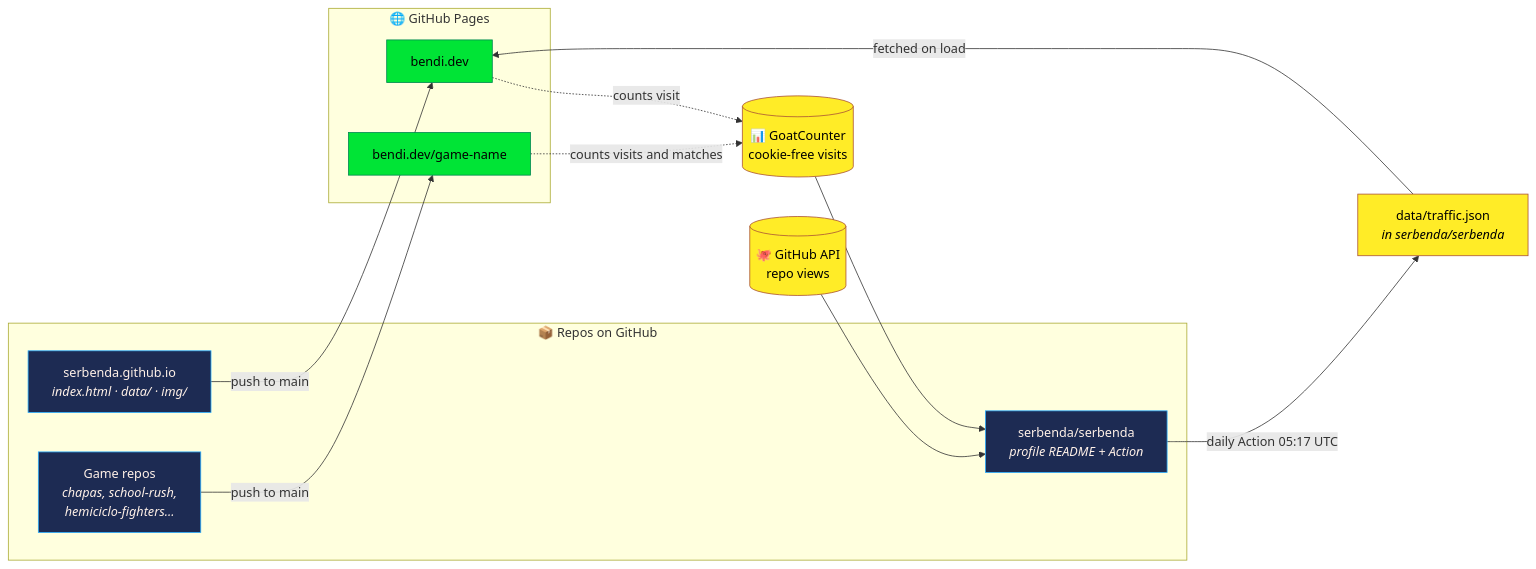
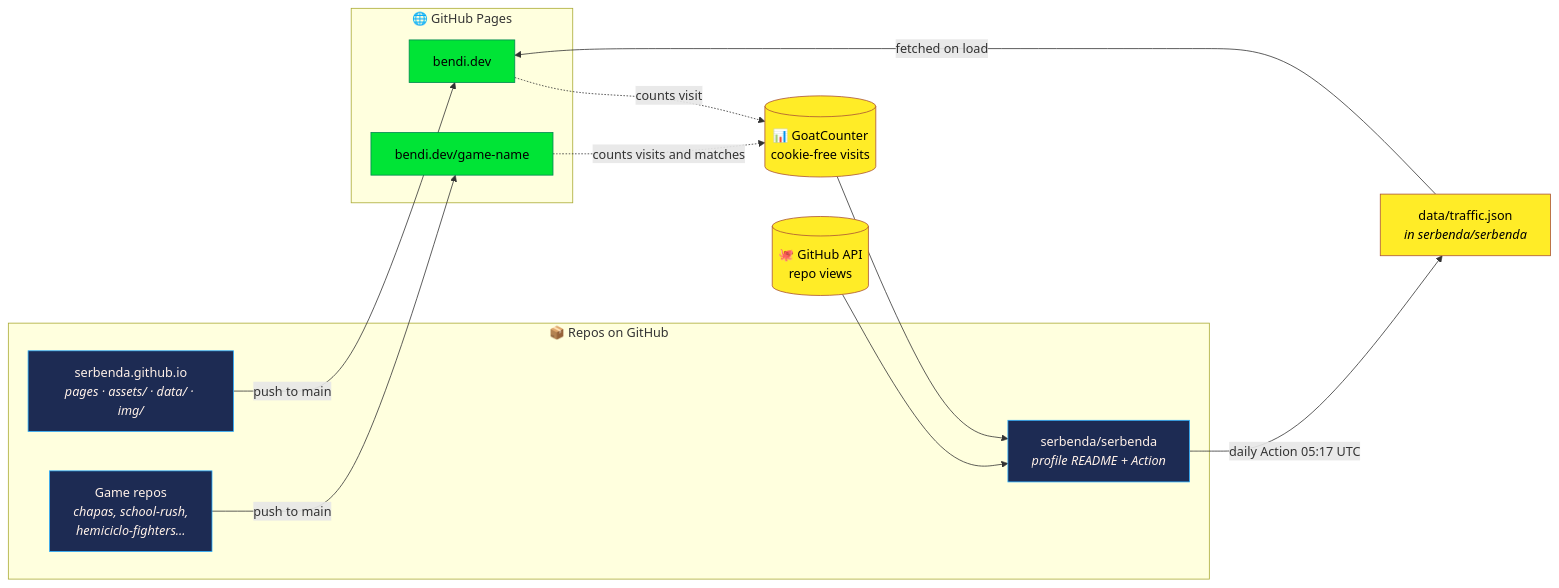
One commit to serbenda/serbenda.github.io changed the first of 2 diagrams in README.md. Above: the diagram before and after it, drawn with Mermaid. The commit also changed other lines of this file and 10 other files, not shown here.

````diff
--- a/README.md
+++ b/README.md
@@ -58,33 +58,33 @@
 ```mermaid
 flowchart LR
     subgraph REPOS["📦 Repos on GitHub"]
-        WEB["serbenda.github.io<br/><i>index.html · data/ · img/</i>"]
+        WEB["serbenda.github.io<br/><i>pages · assets/ · data/ · img/</i>"]
         PROFILE["serbenda/serbenda<br/><i>profile README + Action</i>"]
         GAMES["Game repos<br/><i>chapas, school-rush,<br/>hemiciclo-fighters…</i>"]
     end
 
     subgraph PAGES["🌐 GitHub Pages"]
         ROOT["bendi.dev"]
         SUB["bendi.dev/game-name"]
     end
 
     GC[("📊 GoatCounter<br/>cookie-free visits")]
     API[("🐙 GitHub API<br/>repo views")]
     TRAFFIC["data/traffic.json<br/><i>in serbenda/serbenda</i>"]
 
     WEB -- "push to main" --> ROOT
     GAMES -- "push to main" --> SUB
     ROOT -. "counts visit" .-> GC
     SUB -. "counts visits and matches" .-> GC
     PROFILE -- "daily Action 05:17 UTC" --> TRAFFIC
     GC --> PROFILE
     API --> PROFILE
     TRAFFIC -- "fetched on load" --> ROOT
 
     classDef repo fill:#1d2b53,stroke:#29adff,color:#fff1e8
     classDef page fill:#00e436,stroke:#008751,color:#000
     classDef data fill:#ffec27,stroke:#ab5236,color:#000
     class WEB,PROFILE,GAMES repo
     class ROOT,SUB page
     class GC,API,TRAFFIC data
 ```
````
